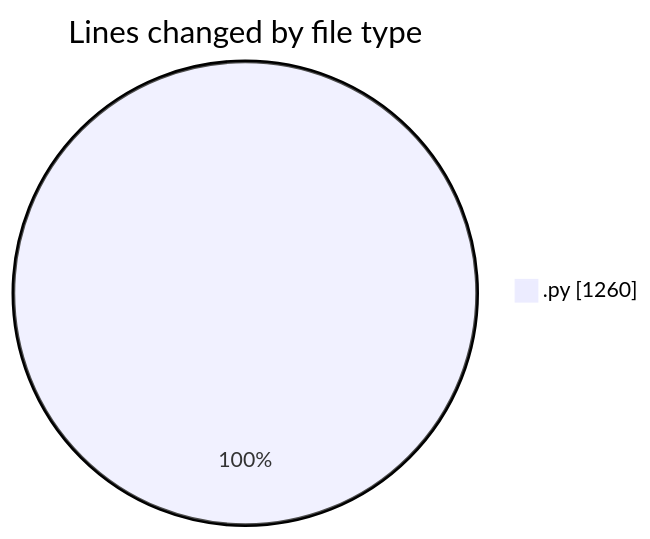
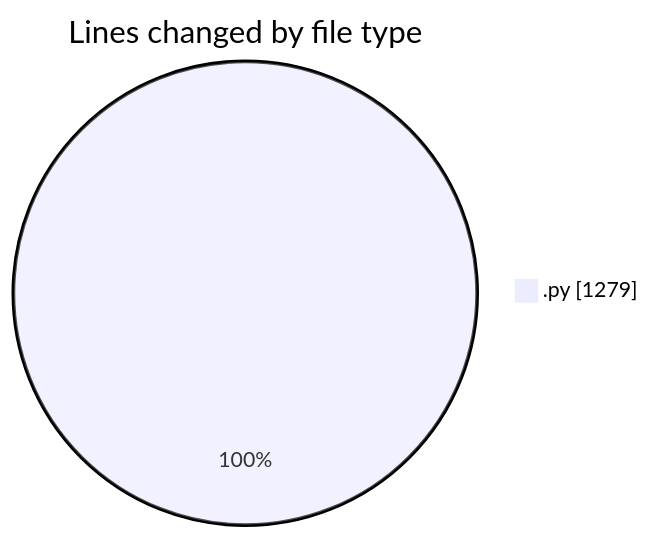
The first of 2 diagrams in 2025-07-28/refunds/README.md (EIIisD/code-tracking), drawn with Mermaid before and after one commit. The commit also changed other lines of this file and 1 other file, not shown here.

````diff
--- a/2025-07-28/refunds/README.md
+++ b/2025-07-28/refunds/README.md
@@ -21,5 +21,5 @@
 ```mermaid
 pie showData
 title Lines changed by file type
-".py" : 1260
+".py" : 1279
 ```
````
